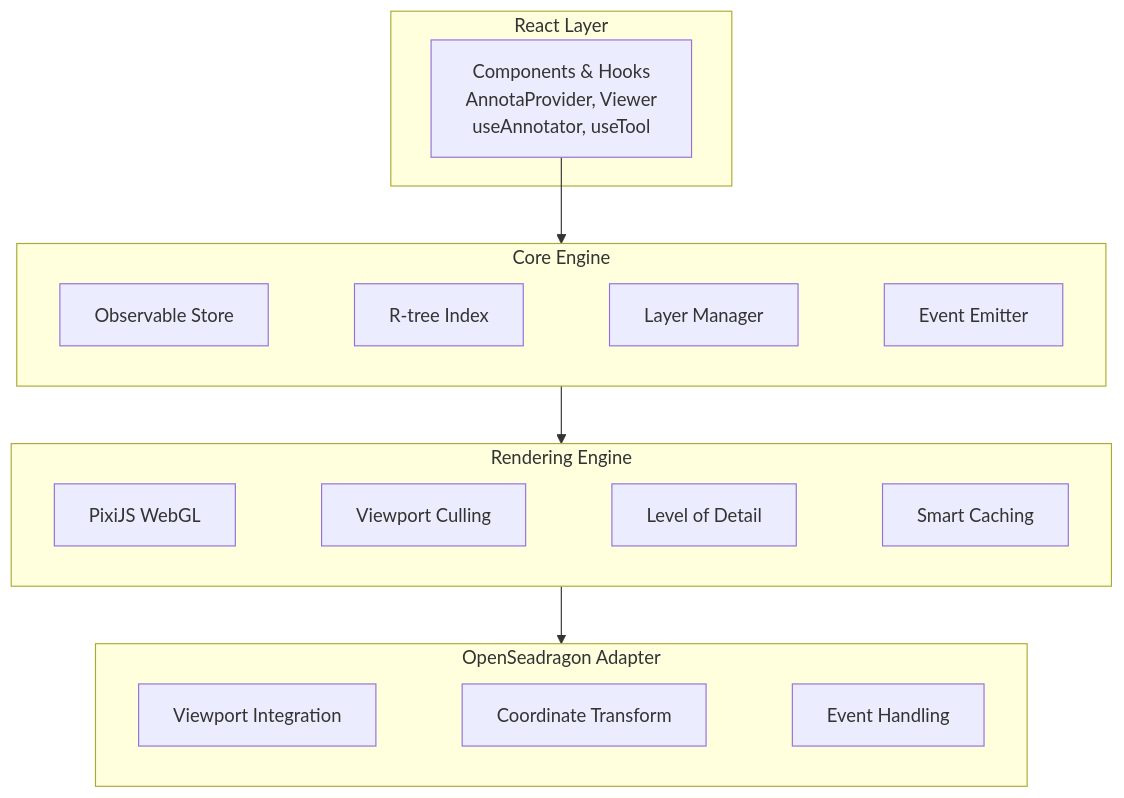
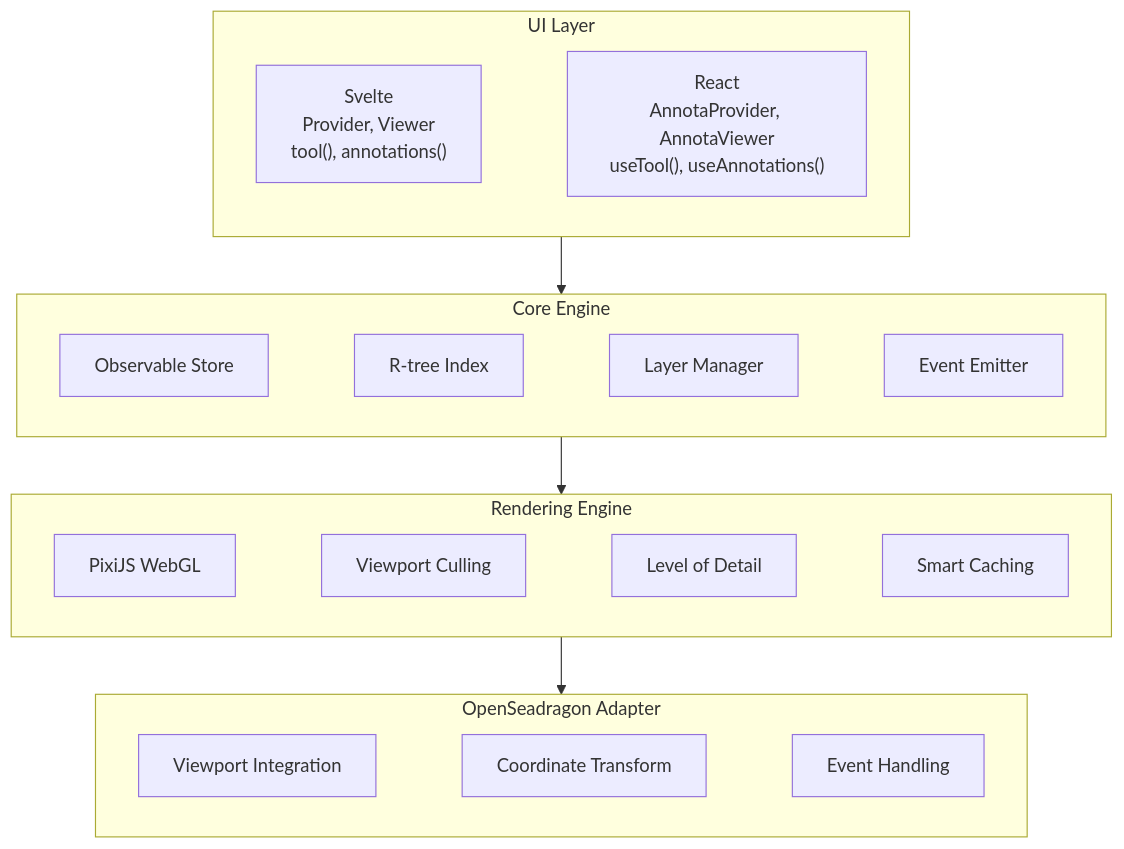
The diagram in docs/src/pages/docs/index.mdx (bitroc-ai/annota), drawn with Mermaid before and after one commit. The commit also changed other lines of this file and 23 other files, not shown here.

First line of the commit message:
feat: integrate Mermaid support and enhance card styling

````diff
--- a/docs/src/pages/docs/index.mdx
+++ b/docs/src/pages/docs/index.mdx
@@ -325,22 +326,22 @@
 ```mermaid
 graph TB
-    subgraph React["React Layer"]
-        Components["Components & Hooks<br/>AnnotaProvider, Viewer<br/>useAnnotator, useTool"]
+    subgraph UI["UI Layer"]
+        Svelte["Svelte<br/>Provider, Viewer<br/>tool(), annotations()"] ~~~ React["React<br/>AnnotaProvider, AnnotaViewer<br/>useTool(), useAnnotations()"]
     end
 
     subgraph Core["Core Engine"]
         Store["Observable Store"] ~~~ Spatial["R-tree Index"] ~~~ Layers["Layer Manager"] ~~~ Events["Event Emitter"]
     end
 
     subgraph Rendering["Rendering Engine"]
         PixiJS["PixiJS WebGL"] ~~~ Culling["Viewport Culling"] ~~~ LOD["Level of Detail"] ~~~ Cache["Smart Caching"]
     end
 
     subgraph Adapter["OpenSeadragon Adapter"]
         Viewport["Viewport Integration"] ~~~ Transform["Coordinate Transform"] ~~~ EventHandling["Event Handling"]
     end
 
-    Components --> Core
+    UI --> Core
     Core --> Rendering
     Rendering --> Adapter
 ```
````
